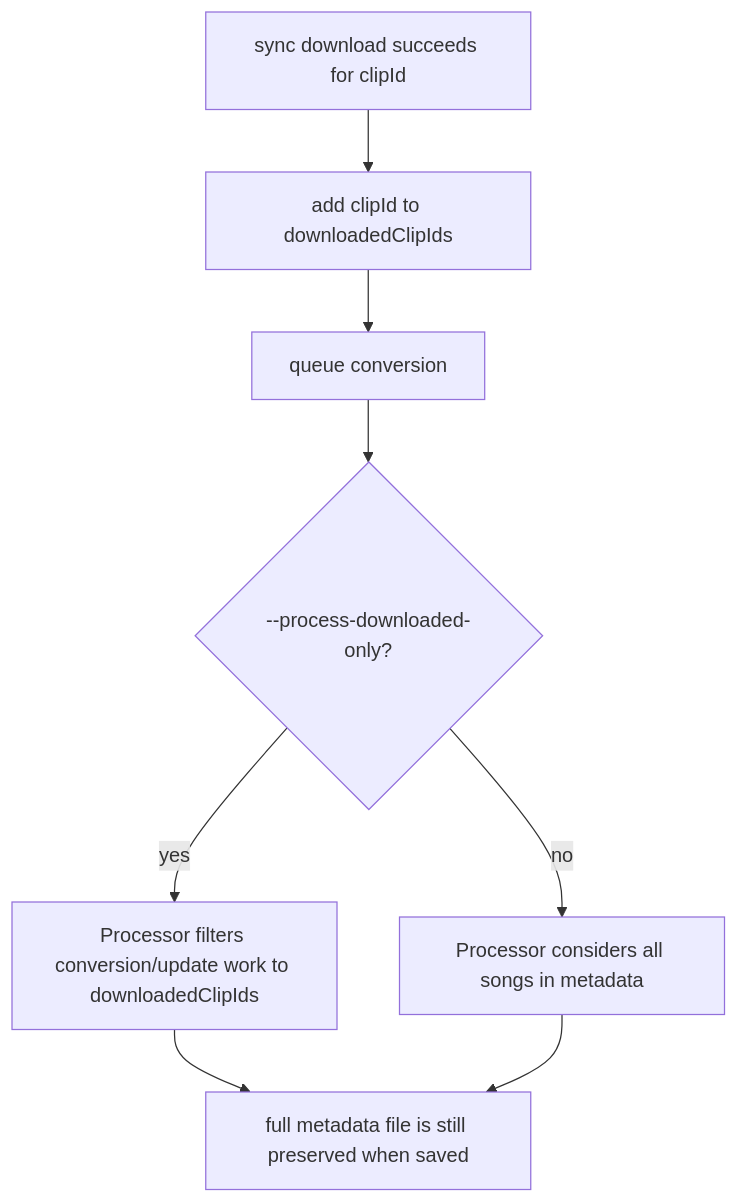
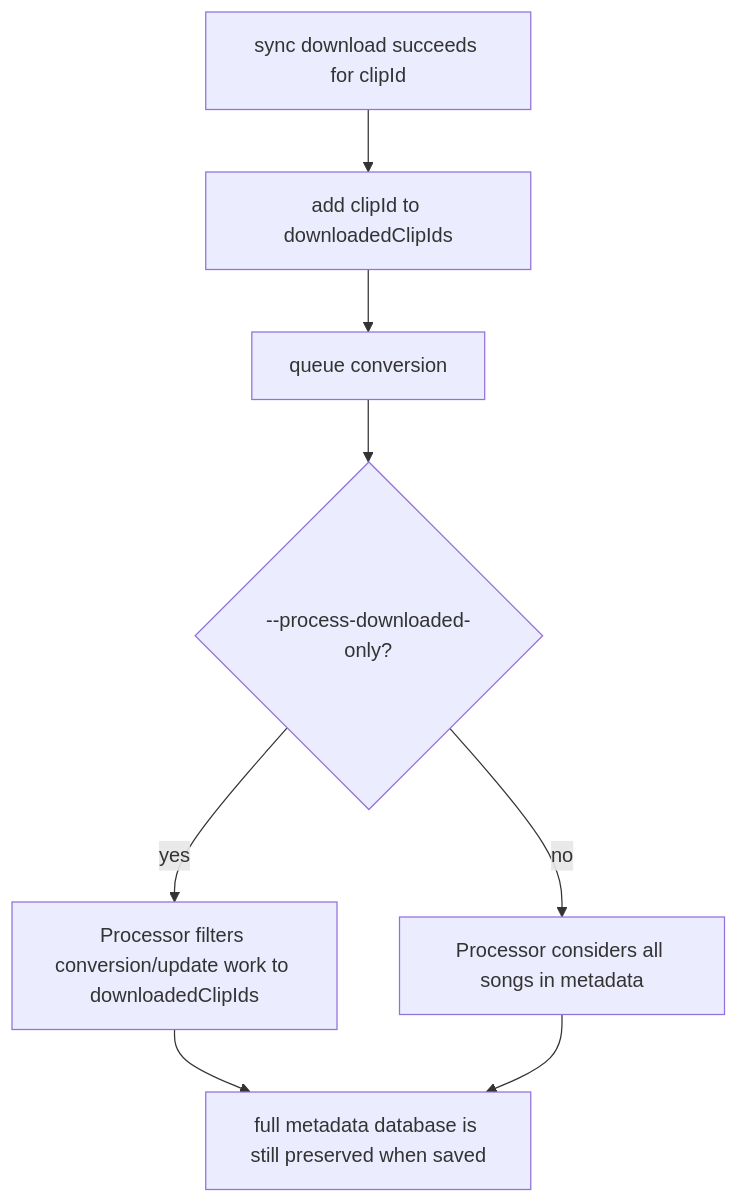
Before and after one commit to mikeygnyc/SunoLibrarian: the seventh of 9 diagrams in docs/cli-program-flow.md, drawn with Mermaid. The commit also changed other lines of this file and 13 other files, not shown here.

````diff
--- a/docs/cli-program-flow.md
+++ b/docs/cli-program-flow.md
@@ -266,10 +280,10 @@
 ```mermaid
 flowchart TD
   A["sync download succeeds for clipId"] --> B["add clipId to downloadedClipIds"]
   B --> C["queue conversion"]
   C --> D{"--process-downloaded-only?"}
   D -- yes --> E["Processor filters conversion/update work to downloadedClipIds"]
   D -- no --> F["Processor considers all songs in metadata"]
-  E --> G["full metadata file is still preserved when saved"]
+  E --> G["full metadata database is still preserved when saved"]
   F --> G
 ```
````
